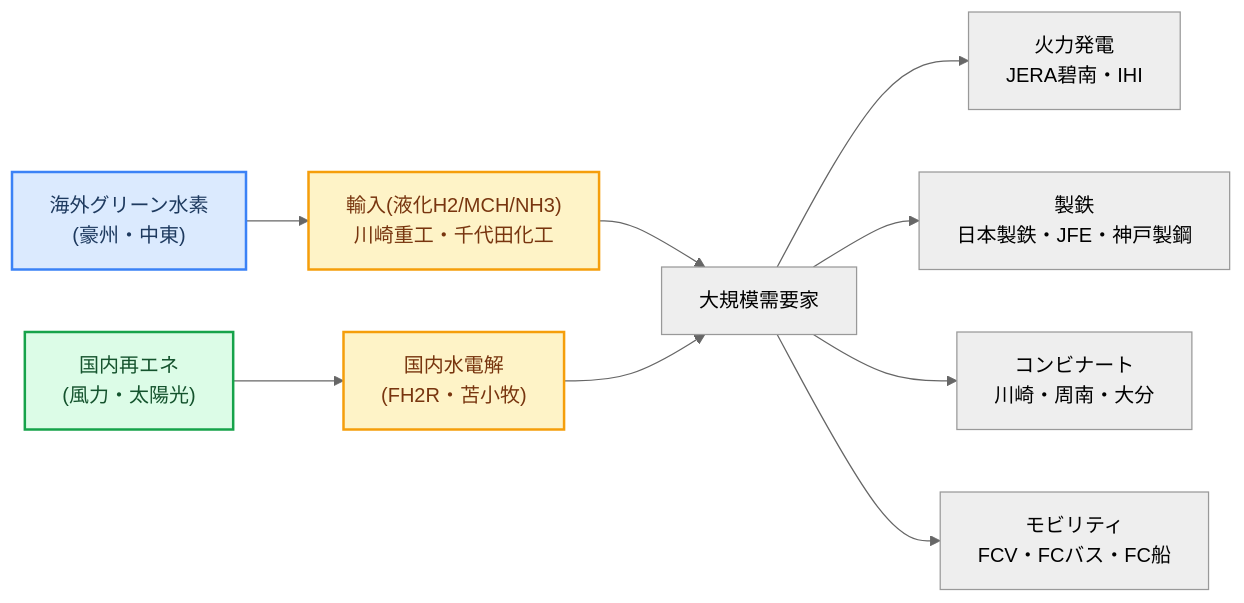
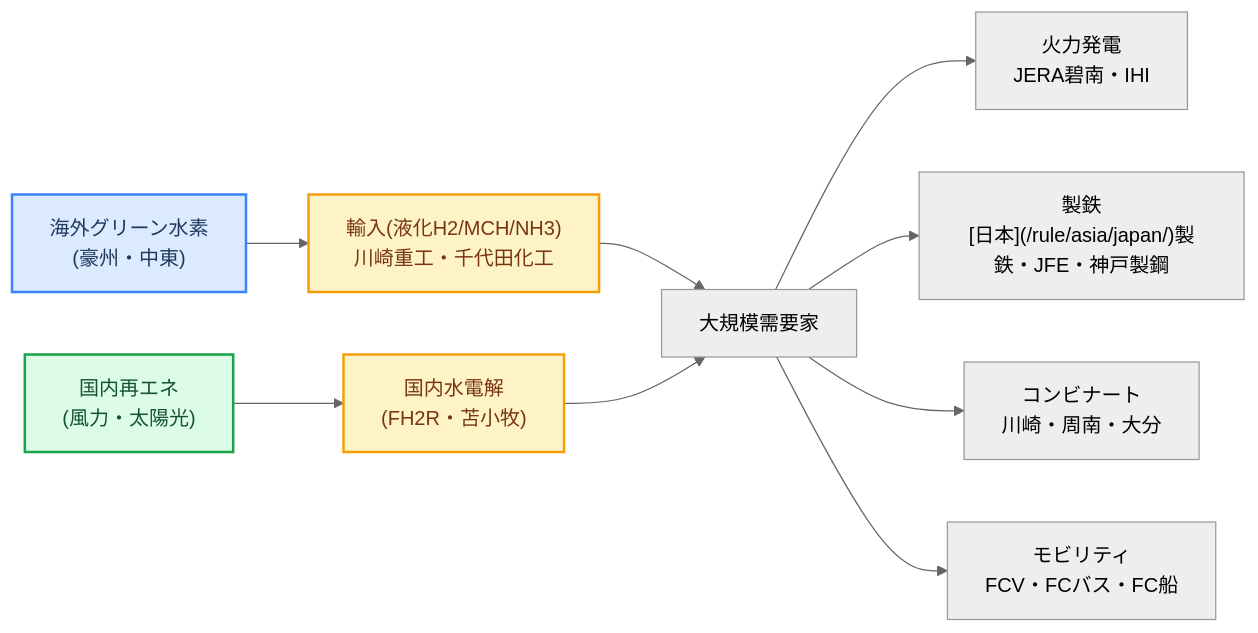
One commit to nanjakorewa/GeoGuessrTips changed the diagram in src/content/industry/japan-hydrogen-ammonia/_index.ja.md. Above: the diagram before and after it, drawn with Mermaid (neutral theme). The commit also changed other lines of this file and 50 other files, not shown here.

```diff
--- a/src/content/industry/japan-hydrogen-ammonia/_index.ja.md
+++ b/src/content/industry/japan-hydrogen-ammonia/_index.ja.md
@@ -190,15 +190,15 @@
 {{% mermaid %}}
 graph LR
   A["海外グリーン水素\n(豪州・中東)"]-->B["輸入(液化H2/MCH/NH3)\n川崎重工・千代田化工"]
   C["国内再エネ\n(風力・太陽光)"]-->D["国内水電解\n(FH2R・苫小牧)"]
   B-->E["大規模需要家"]
   D-->E
   E-->F["火力発電\nJERA碧南・IHI"]
-  E-->G["製鉄\n日本製鉄・JFE・神戸製鋼"]
+  E-->G["製鉄\n[日本](/rule/asia/japan/)製鉄・JFE・神戸製鋼"]
   E-->H["コンビナート\n川崎・周南・大分"]
   E-->I["モビリティ\nFCV・FCバス・FC船"]
   style A fill:#dbeafe,color:#1e3a5f,stroke:#3b82f6,stroke-width:2px
   style C fill:#dcfce7,color:#14532d,stroke:#16a34a,stroke-width:2px
   style B fill:#fef3c7,color:#78350f,stroke:#f59e0b,stroke-width:2px
   style D fill:#fef3c7,color:#78350f,stroke:#f59e0b,stroke-width:2px
 {{% /mermaid %}}
```
